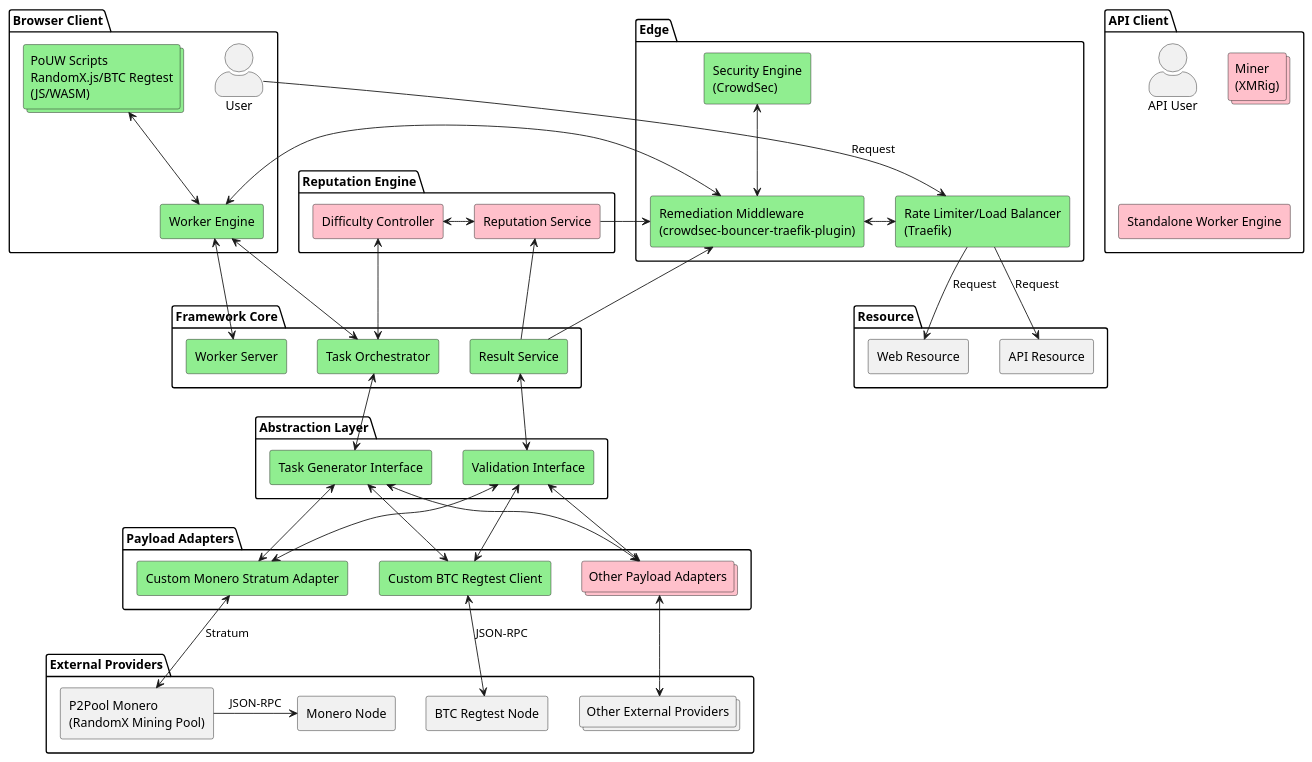
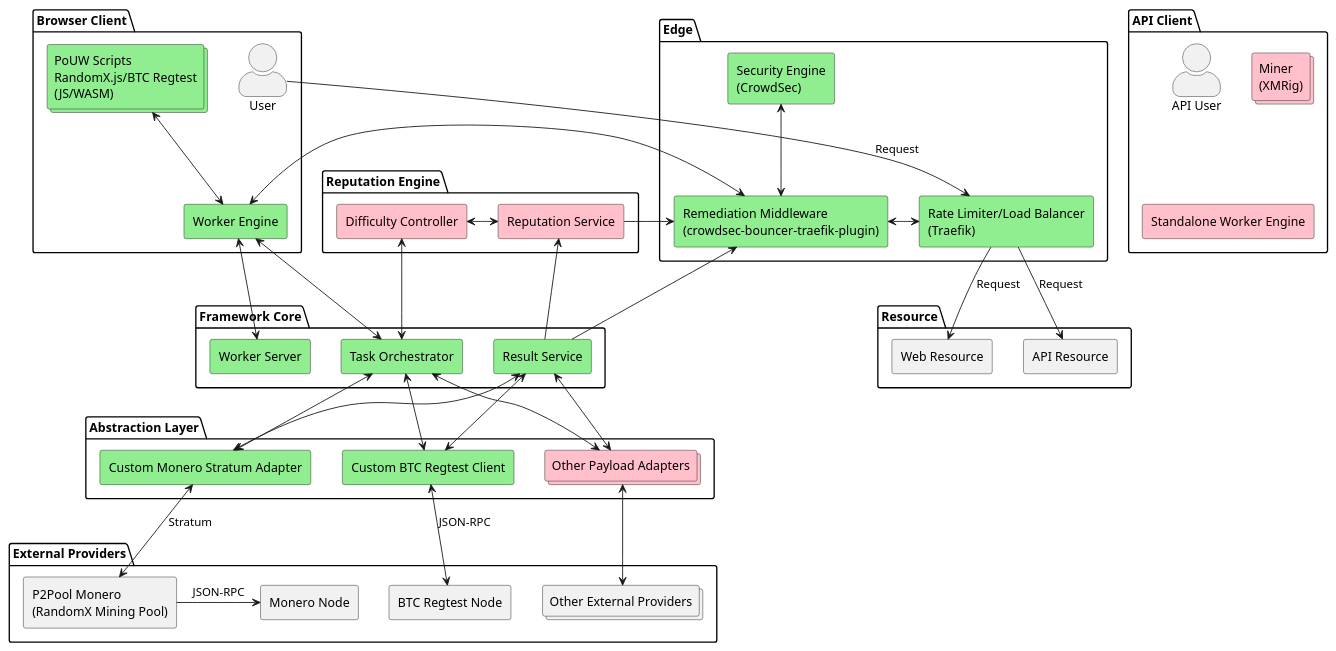
The diagram in charts/arch-progress.puml (bors2908/pouwer), drawn with PlantUML before and after one commit. The commit also changed 3 other files, not shown here.

Commit message:
Compress chart in height

```diff
--- a/charts/arch-progress.puml
+++ b/charts/arch-progress.puml
@@ -1,98 +1,89 @@
 @startuml
 skinparam actorStyle awesome
 skinparam componentStyle rectangle
 skinparam shadowing false
 
 top to bottom direction
 
 package "Browser Client" as Browser {
   actor User
   collections "PoUW Scripts\nRandomX.js/BTC Regtest\n(JS/WASM)" as Miner #lightgreen
   component "Worker Engine" as Worker #lightgreen
 }
 
 package "API Client" as APIClient {
   actor "API User" as APIUser
   collections "Miner\n(XMRig)" as StandaloneMiner #pink
   component "Standalone Worker Engine" as StandaloneWorker #pink
 }
 
 package "Resource" {
     component "API Resource" as APIResource
     component "Web Resource" as WebResource
 }
 
 package "Edge" {
     component "Rate Limiter/Load Balancer\n(Traefik)" as RateLimiter #lightgreen
     component "Security Engine\n(CrowdSec)" as SecurityEngine #lightgreen
     component "Remediation Middleware\n(crowdsec-bouncer-traefik-plugin)" as Middleware #lightgreen
 }
 
 package "Reputation Engine" {
     component "Reputation Service" as ReputationService #pink
     component "Difficulty Controller" as DifficultyController #pink
 }
 
 package "Framework Core" {
   component "Worker Server" as WorkerServer #lightgreen
   component "Task Orchestrator" as Orchestrator #lightgreen
   component "Result Service" as ResultService #lightgreen
 }
 
 package "Abstraction Layer" {
-  component "Task Generator Interface" as TaskIF #lightgreen
-  component "Validation Interface" as ValidationIF #lightgreen
-}
-
-package "Payload Adapters" {
   component "Custom Monero Stratum Adapter" as MoneroAdapter #lightgreen
   component "Custom BTC Regtest Client" as BTCRegtestClient #lightgreen
   collections "Other Payload Adapters" as OtherPayload #pink
 }
 
 package "External Providers" {
   component "P2Pool Monero\n(RandomX Mining Pool)" as P2Pool
   component "Monero Node" as XMRNode
   component "BTC Regtest Node" as BTCRegtest
   collections "Other External Providers" as OtherProviders
 }
 
 DifficultyController <-down-> Orchestrator
 DifficultyController <-right-> ReputationService
 ReputationService -right-> Middleware
 ResultService -up-> ReputationService
 
 User -down-> RateLimiter: Request
 RateLimiter -down-> WebResource: Request
 RateLimiter -down-> APIResource: Request
 
 Miner <-down-> Worker
 
 WorkerServer <-up-> Worker
 Worker <-down-> Orchestrator
 
 ResultService -up-> Middleware
 
 Middleware <-up-> SecurityEngine
 RateLimiter <-> Middleware
 
 Middleware <-> Worker
+ResultService <-down-> MoneroAdapter
+Orchestrator <-down-> MoneroAdapter
 
-ResultService <-down-> ValidationIF
-Orchestrator <-down-> TaskIF
+ResultService <-down-> BTCRegtestClient
+Orchestrator <-down-> BTCRegtestClient
 
-TaskIF <-down-> MoneroAdapter
-ValidationIF <-down-> MoneroAdapter
-
-TaskIF <-down-> BTCRegtestClient
-ValidationIF <-down-> BTCRegtestClient
-
-TaskIF <-down-> OtherPayload
-ValidationIF <-down-> OtherPayload
+ResultService <-down-> OtherPayload
+Orchestrator <-down-> OtherPayload
 
 MoneroAdapter <-down-> P2Pool: Stratum
 BTCRegtestClient <-down-> BTCRegtest: JSON-RPC
 OtherPayload <-down-> OtherProviders
 
 P2Pool -right-> XMRNode: JSON-RPC
 @enduml
```
